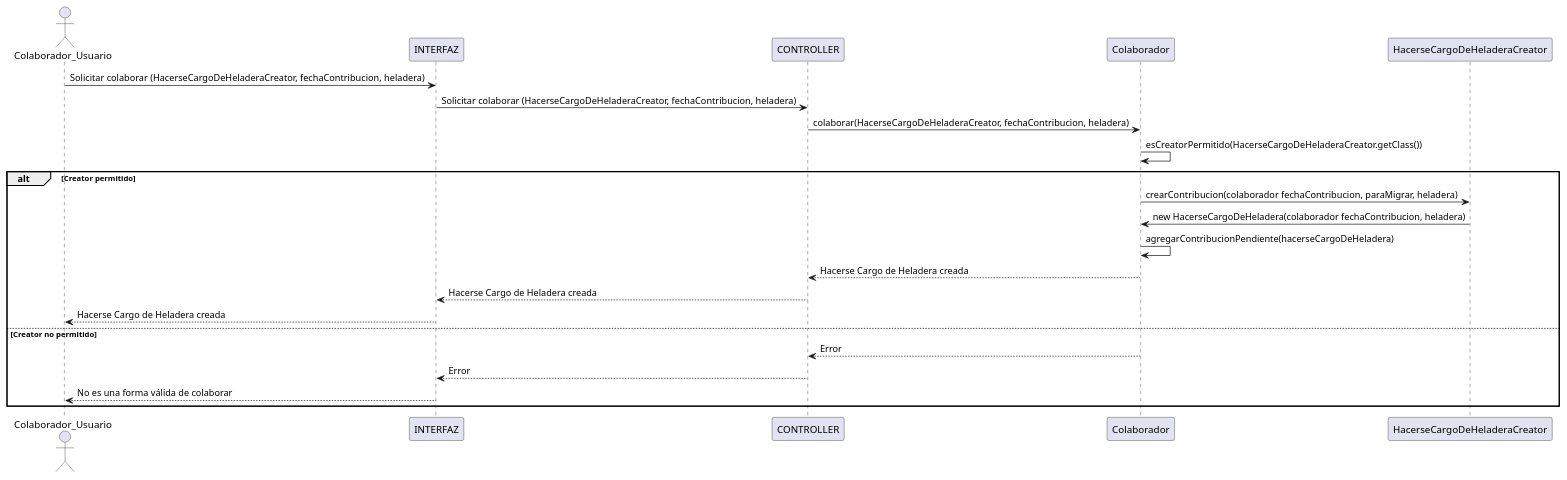
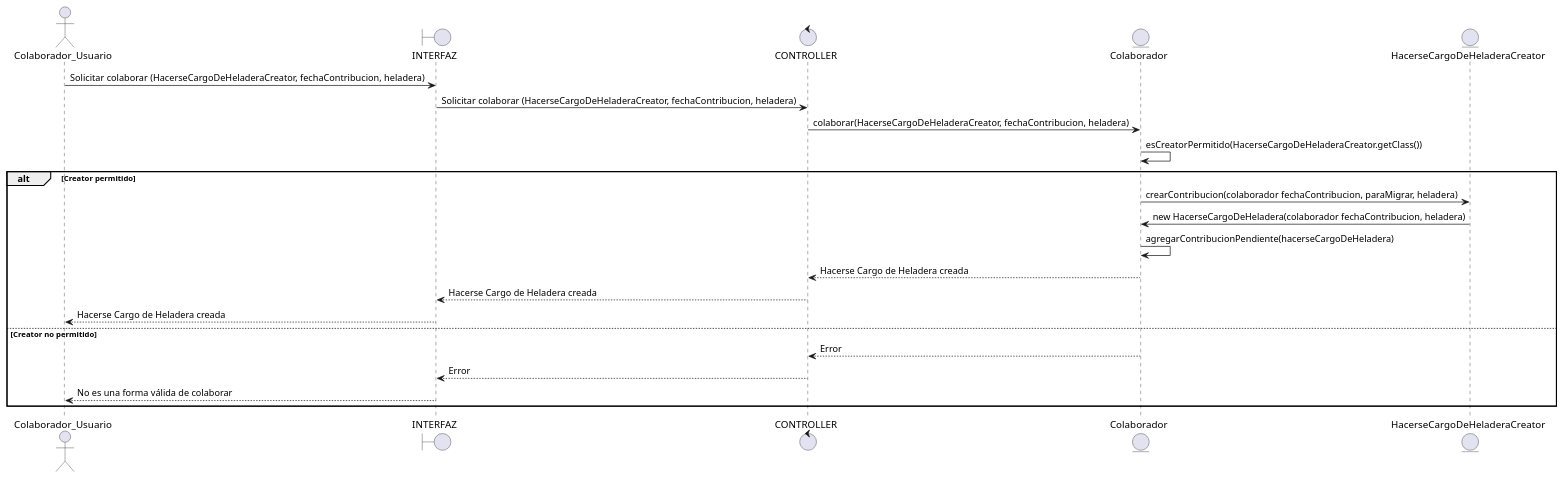
The diagram in proyecto_heladeras_solidarias/docs/plant_uml/diagramas_secuencia/hacerse_cargo_de_heladera/hacerse_cargo_de_heladera_colaborar.plantuml (luciacosenza/DDS-grupo10), drawn with PlantUML before and after one commit. The commit also changed 16 other files, not shown here.

Commit message:
Agrego iconos correctos a diagramas de secuencia

```diff
--- a/proyecto_heladeras_solidarias/docs/plant_uml/diagramas_secuencia/hacerse_cargo_de_heladera/hacerse_cargo_de_heladera_colaborar.plantuml
+++ b/proyecto_heladeras_solidarias/docs/plant_uml/diagramas_secuencia/hacerse_cargo_de_heladera/hacerse_cargo_de_heladera_colaborar.plantuml
@@ -1,24 +1,24 @@
 @startuml hacerse_cargo_de_heladera_colaborar
 actor Colaborador_Usuario as User
-participant INTERFAZ
-participant CONTROLLER
-participant "Colaborador" as Colaborador
-participant "HacerseCargoDeHeladeraCreator" as HacerseCargoDeHeladeraCreator
+boundary INTERFAZ
+control CONTROLLER
+entity "Colaborador" as Colaborador
+entity "HacerseCargoDeHeladeraCreator" as HacerseCargoDeHeladeraCreator
 
 User -> INTERFAZ: Solicitar colaborar (HacerseCargoDeHeladeraCreator, fechaContribucion, heladera)
 INTERFAZ -> CONTROLLER: Solicitar colaborar (HacerseCargoDeHeladeraCreator, fechaContribucion, heladera)
 CONTROLLER -> Colaborador: colaborar(HacerseCargoDeHeladeraCreator, fechaContribucion, heladera)
 Colaborador -> Colaborador: esCreatorPermitido(HacerseCargoDeHeladeraCreator.getClass())
 alt Creator permitido
     Colaborador -> HacerseCargoDeHeladeraCreator: crearContribucion(colaborador fechaContribucion, paraMigrar, heladera)
     HacerseCargoDeHeladeraCreator-> Colaborador: new HacerseCargoDeHeladera(colaborador fechaContribucion, heladera)
     Colaborador -> Colaborador: agregarContribucionPendiente(hacerseCargoDeHeladera)
     Colaborador --> CONTROLLER: Hacerse Cargo de Heladera creada
     CONTROLLER --> INTERFAZ: Hacerse Cargo de Heladera creada
     INTERFAZ --> User: Hacerse Cargo de Heladera creada
 else Creator no permitido
     Colaborador --> CONTROLLER: Error
     CONTROLLER --> INTERFAZ: Error
     INTERFAZ --> User: No es una forma válida de colaborar
 end
 @endumll
```
